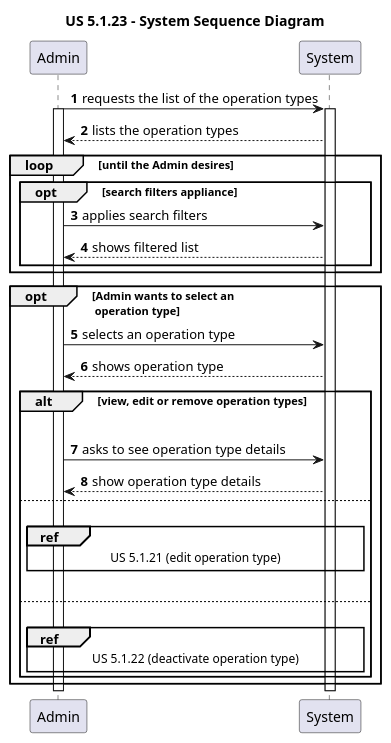
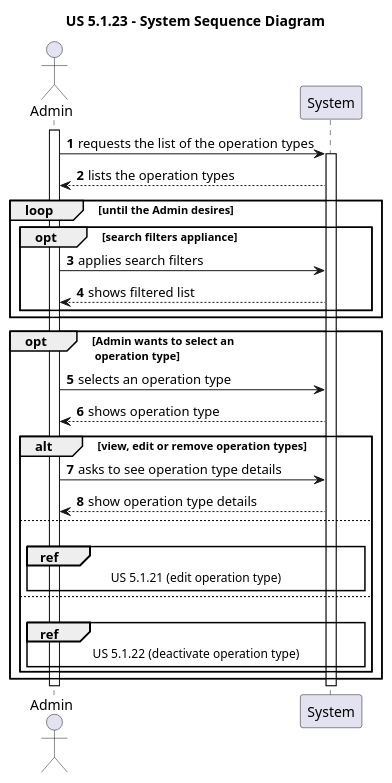
The diagram in docs/sprint-1/us-5.1.23/diagrams/ssd/us-5.1.23-ssd.puml (rita-barbosa/LAPR5-2425), drawn with PlantUML before and after one commit. The commit also changed 2 other files, not shown here.

```diff
--- a/docs/sprint-1/us-5.1.23/diagrams/ssd/us-5.1.23-ssd.puml
+++ b/docs/sprint-1/us-5.1.23/diagrams/ssd/us-5.1.23-ssd.puml
@@ -1,50 +1,50 @@
 @startuml
 'https://plantuml.com/sequence-diagram
 
 title "US 5.1.23 - System Sequence Diagram"
 
 autonumber
 
-participant Admin as ADM
+actor Admin as ADM
 participant System as SYS
 
+activate ADM
+
 ADM -> SYS : requests the list of the operation types
-activate ADM
 activate SYS
 
 SYS --> ADM : lists the operation types
 
  loop until the Admin desires
 
 opt search filters appliance
         ADM -> SYS : applies search filters
 
         SYS --> ADM : shows filtered list
         end opt
     end loop
 
     opt Admin wants to select an\n operation type
 
     ADM -> SYS : selects an operation type
     SYS --> ADM : shows operation type
 
         alt view, edit or remove operation types
-        |||
 
         ADM -> SYS : asks to see operation type details
         SYS --> ADM : show operation type details
         else
         |||
         ref over ADM, SYS : US 5.1.21 (edit operation type)
-        |||
+
         else
         |||
             ref over ADM, SYS : US 5.1.22 (deactivate operation type)
         end alt
     end opt
 
 deactivate ADM
 deactivate SYS
 
 
 @enduml
```
